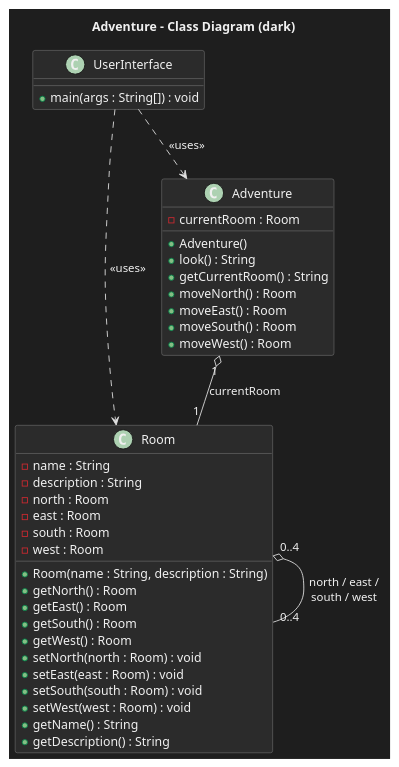
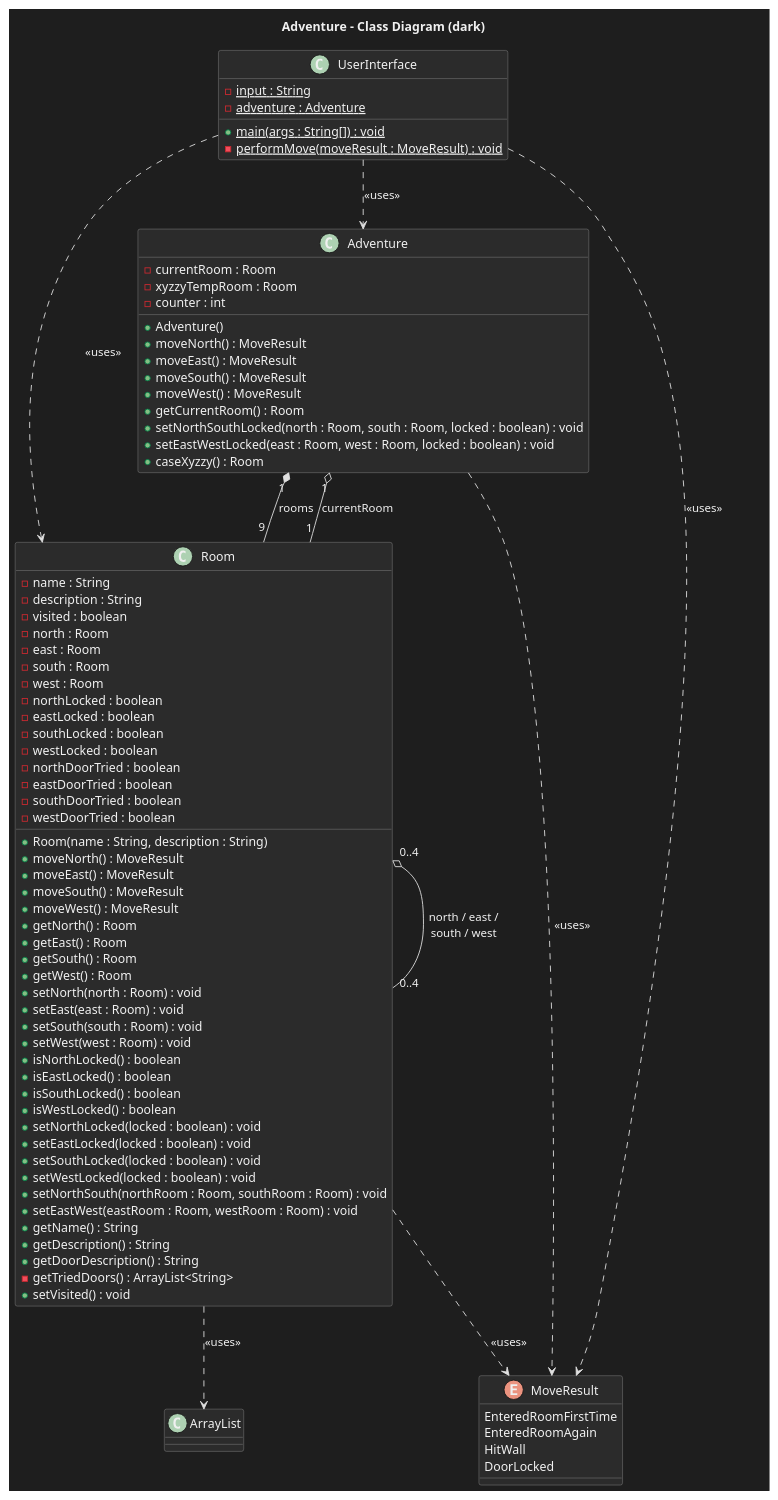
Before and after one commit to mwnDK1402/Adventure: the diagram in docs/class-diagram-dark.puml, drawn with PlantUML. The commit also changed 7 other files, not shown here.

First line of the commit message:
Update class diagrams for Day 2 changes

```diff
--- a/docs/class-diagram-dark.puml
+++ b/docs/class-diagram-dark.puml
@@ -1,57 +1,106 @@
 @startuml
 title Adventure - Class Diagram (dark)
 
 skinparam {
     backgroundColor #1E1E1E
     ArrowColor #E0E0E0
     ClassBackgroundColor #2B2B2B
     ClassBorderColor #8A8A8A
     ClassFontColor #F0F0F0
     ClassAttributeFontColor #C8C8C8
     ClassAttributeIconColor #F0F0F0
     ClassStereotypeFontColor #C8C8C8
+    EnumBackgroundColor #2B2B2B
+    EnumBorderColor #8A8A8A
+    EnumFontColor #F0F0F0
+    EnumTitleFontColor #F0F0F0
     TitleFontColor #F0F0F0
     DefaultFontColor #F0F0F0
 }
 
 class Room {
     - name : String
     - description : String
+    - visited : boolean
     - north : Room
     - east : Room
     - south : Room
     - west : Room
+    - northLocked : boolean
+    - eastLocked : boolean
+    - southLocked : boolean
+    - westLocked : boolean
+    - northDoorTried : boolean
+    - eastDoorTried : boolean
+    - southDoorTried : boolean
+    - westDoorTried : boolean
     + Room(name : String, description : String)
+    + moveNorth() : MoveResult
+    + moveEast() : MoveResult
+    + moveSouth() : MoveResult
+    + moveWest() : MoveResult
     + getNorth() : Room
     + getEast() : Room
     + getSouth() : Room
     + getWest() : Room
     + setNorth(north : Room) : void
     + setEast(east : Room) : void
     + setSouth(south : Room) : void
     + setWest(west : Room) : void
+    + isNorthLocked() : boolean
+    + isEastLocked() : boolean
+    + isSouthLocked() : boolean
+    + isWestLocked() : boolean
+    + setNorthLocked(locked : boolean) : void
+    + setEastLocked(locked : boolean) : void
+    + setSouthLocked(locked : boolean) : void
+    + setWestLocked(locked : boolean) : void
+    + setNorthSouth(northRoom : Room, southRoom : Room) : void
+    + setEastWest(eastRoom : Room, westRoom : Room) : void
     + getName() : String
     + getDescription() : String
+    + getDoorDescription() : String
+    - getTriedDoors() : ArrayList<String>
+    + setVisited() : void
+}
+
+enum MoveResult {
+    EnteredRoomFirstTime
+    EnteredRoomAgain
+    HitWall
+    DoorLocked
 }
 
 class Adventure {
     - currentRoom : Room
+    - xyzzyTempRoom : Room
+    - counter : int
     + Adventure()
-    + look() : String
-    + getCurrentRoom() : String
-    + moveNorth() : Room
-    + moveEast() : Room
-    + moveSouth() : Room
-    + moveWest() : Room
+    + moveNorth() : MoveResult
+    + moveEast() : MoveResult
+    + moveSouth() : MoveResult
+    + moveWest() : MoveResult
+    + getCurrentRoom() : Room
+    + setNorthSouthLocked(north : Room, south : Room, locked : boolean) : void
+    + setEastWestLocked(east : Room, west : Room, locked : boolean) : void
+    + caseXyzzy() : Room
 }
 
 class UserInterface {
-    + main(args : String[]) : void
+    - {static} input : String
+    - {static} adventure : Adventure
+    + {static} main(args : String[]) : void
+    - {static} performMove(moveResult : MoveResult) : void
 }
 
 Adventure "1" o-- "1" Room : currentRoom
+Adventure "1" *-- "9" Room : rooms
 Room "0..4" o-- "0..4" Room : north / east /\nsouth / west
+Room ..> MoveResult : <<uses>>
+Adventure ..> MoveResult : <<uses>>
+Room ..> ArrayList : <<uses>>
 UserInterface ..> Adventure : <<uses>>
 UserInterface ..> Room : <<uses>>
+UserInterface ..> MoveResult : <<uses>>
 
 @enduml
```
